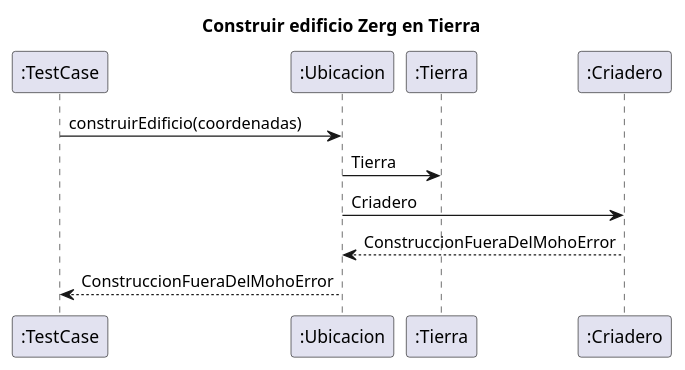
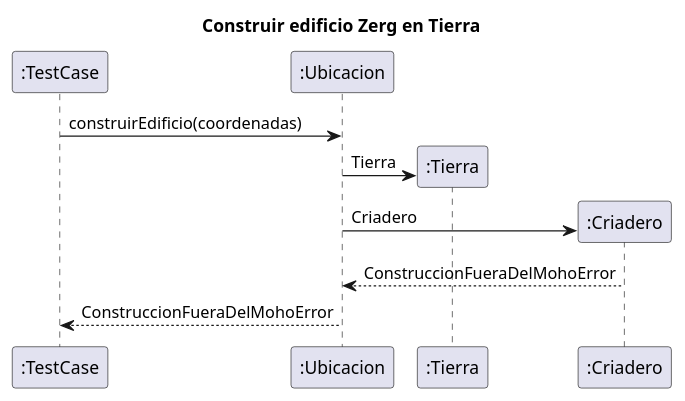
Before and after one commit to nicolasgirardi/algo3_TP2_AlgoStar: the diagram in diagrams/sequences/CasoDeUso5.puml, drawn with PlantUML. The commit also changed 2 other files, not shown here.

Commit message:
corrijo diagramas

```diff
--- a/diagrams/sequences/CasoDeUso5.puml
+++ b/diagrams/sequences/CasoDeUso5.puml
@@ -1,13 +1,16 @@
 @startuml
 'https://plantuml.com/sequence-diagram
 
 
 title Construir edificio Zerg en Tierra
 ":TestCase" -> ":Ubicacion": construirEdificio(coordenadas)
+
+create ":Tierra"
 ":Ubicacion" -> ":Tierra": Tierra
+create ":Criadero"
 ":Ubicacion" -> ":Criadero": Criadero
 ":Criadero" --> ":Ubicacion": ConstruccionFueraDelMohoError
 ":Ubicacion" --> ":TestCase": ConstruccionFueraDelMohoError
 
 
 @enduml
```
